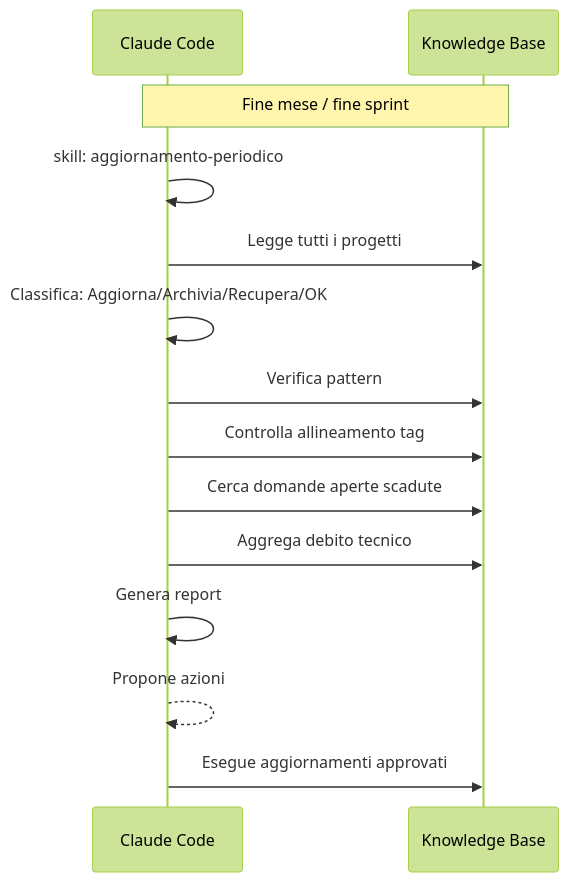
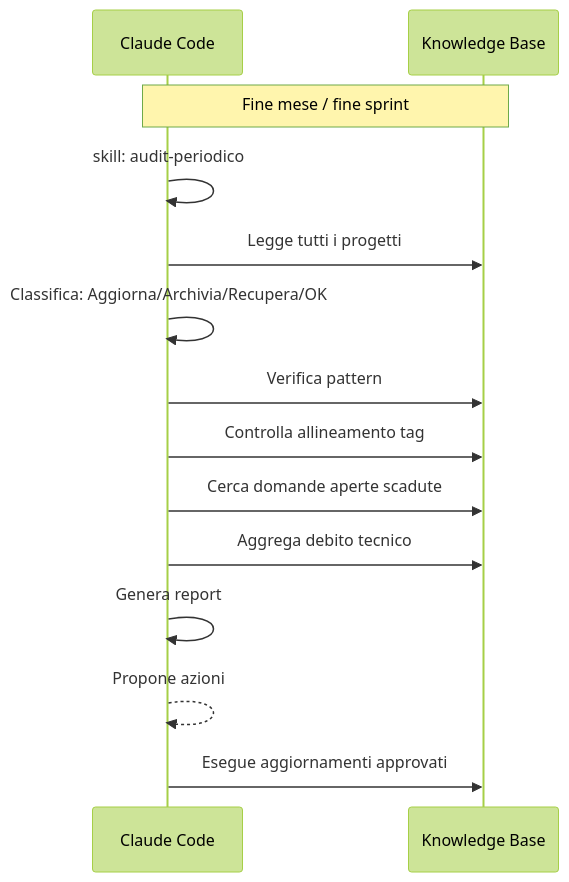
Before and after one commit to SimoneBriganteLaif/SimoneAI: the sixth of 7 diagrams in docs/workflow.md, drawn with Mermaid (forest theme). The commit also changed other lines of this file and 29 other files, not shown here.

````diff
--- a/docs/workflow.md
+++ b/docs/workflow.md
@@ -166,18 +220,18 @@
 ```mermaid
 sequenceDiagram
     participant CC as Claude Code
     participant KB as Knowledge Base
 
     Note over CC,KB: Fine mese / fine sprint
 
-    CC->>CC: skill: aggiornamento-periodico
+    CC->>CC: skill: audit-periodico
     CC->>KB: Legge tutti i progetti
     CC->>CC: Classifica: Aggiorna/Archivia/Recupera/OK
     CC->>KB: Verifica pattern
     CC->>KB: Controlla allineamento tag
     CC->>KB: Cerca domande aperte scadute
     CC->>KB: Aggrega debito tecnico
     CC->>CC: Genera report
     CC-->>CC: Propone azioni
     CC->>KB: Esegue aggiornamenti approvati
 ```
````
